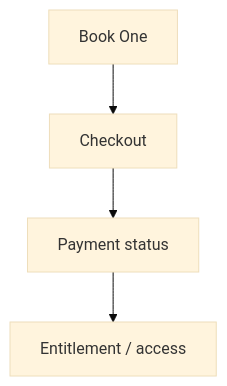
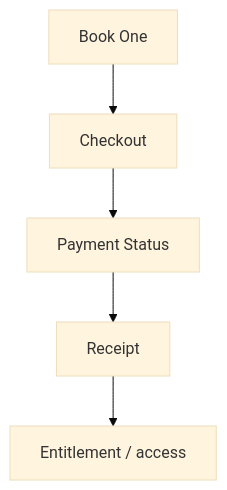
The second of 2 diagrams in docs/pws/audit/pws-pja-current-coverage.md (getphioscs-UX/phios), drawn with Mermaid (base theme) before and after one commit. The commit also changed other lines of this file and 4 other files, not shown here.

````diff
--- a/docs/pws/audit/pws-pja-current-coverage.md
+++ b/docs/pws/audit/pws-pja-current-coverage.md
@@ -62,6 +65,7 @@
 ```mermaid
 flowchart TD
   BK["Book One"] --> CO["Checkout"]
-  CO --> PS["Payment status"]
-  PS --> AC["Entitlement / access"]
+  CO --> PS["Payment Status"]
+  PS --> RCPT["Receipt"]
+  RCPT --> AC["Entitlement / access"]
 ```
````
